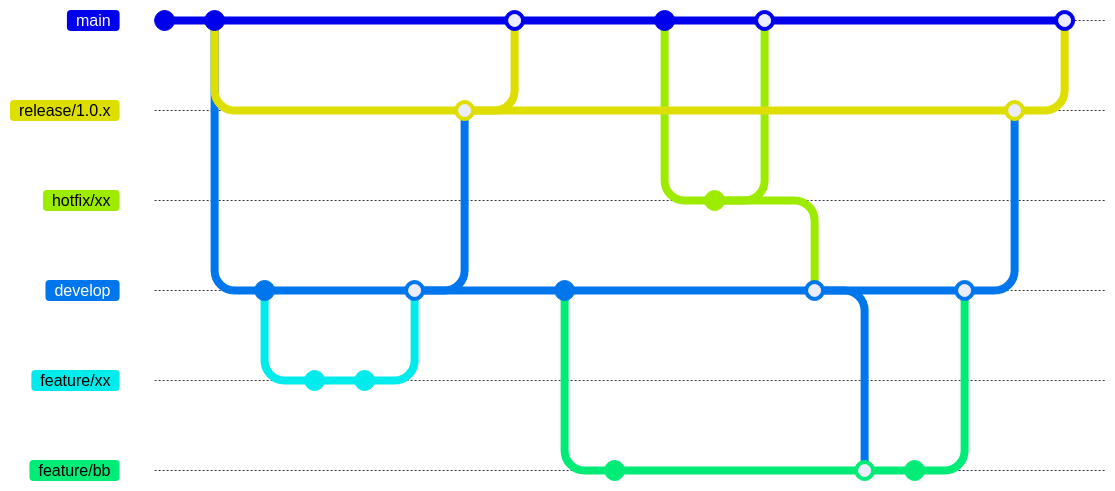
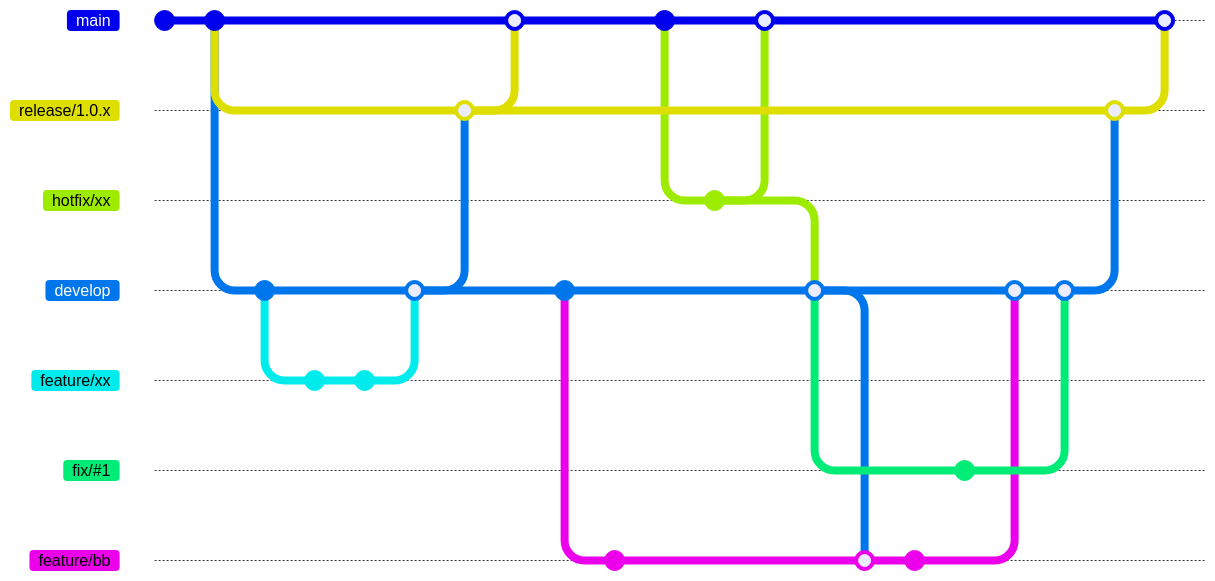
One commit to naoido/neko-bot changed the diagram in README.md. Above: the diagram before and after it, drawn with Mermaid. Commit ids are hidden.

````diff
--- a/README.md
+++ b/README.md
@@ -4,48 +4,53 @@
 ```mermaid
 %%{init:{
     'gitGraph':{
         'showCommitLabel': false,
         'mainBranchOrder': 0
 }}}%%
 
 gitGraph
     commit
     commit
     branch release/1.0.x
     checkout release/1.0.x
     branch develop order: 1
     checkout develop
     commit
     branch feature/xx order: 2
     checkout feature/xx
     commit
     commit
     checkout develop
     merge feature/xx
     checkout release/1.0.x
     merge develop
     checkout main
     merge release/1.0.x
     checkout develop
     commit
     branch feature/bb order: 4
     checkout feature/bb
     commit
     checkout main
     commit
     branch hotfix/xx
     commit
     checkout main
     merge hotfix/xx
     checkout develop
     merge hotfix/xx
     checkout feature/bb
     merge develop
     commit
     checkout develop
+    branch "fix/#1" order: 3
+    checkout "fix/#1"
+    commit
+    checkout develop
     merge feature/bb
+    merge "fix/#1"
     checkout release/1.0.x
     merge develop
     checkout main
     merge release/1.0.x
 ```
````
